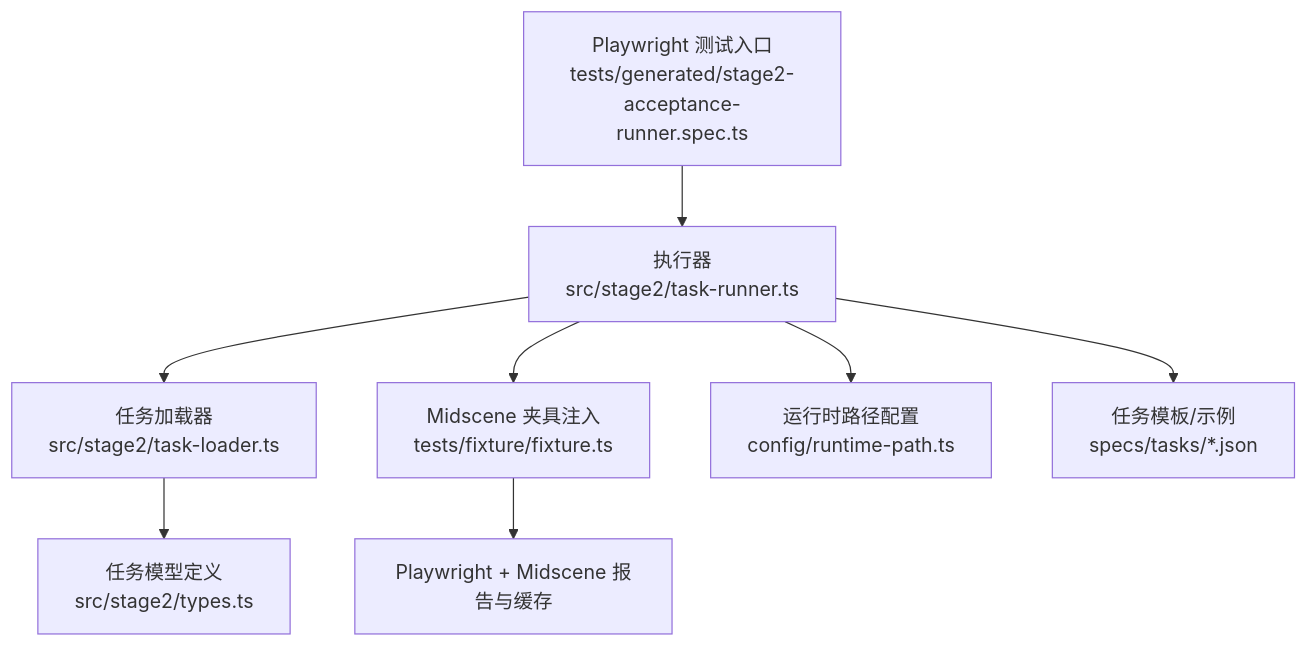
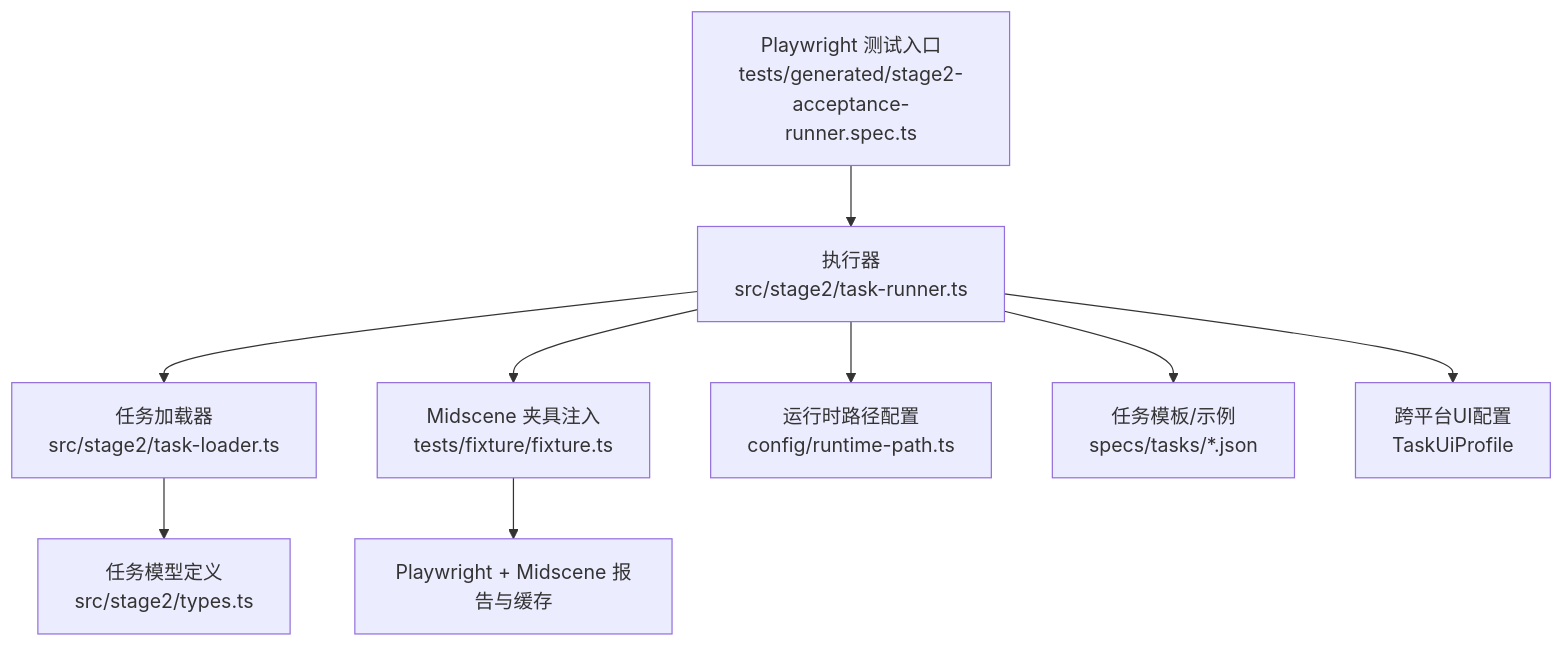
The first of 12 diagrams in .qoder/repowiki/zh/content/执行器系统/任务执行器.md (Jiane-EJ/playwright-mind), drawn with Mermaid before and after one commit. The commit also changed other lines of this file and 5 other files, not shown here.

````diff
--- a/.qoder/repowiki/zh/content/执行器系统/任务执行器.md
+++ b/.qoder/repowiki/zh/content/执行器系统/任务执行器.md
@@ -40,10 +42,11 @@
 ```mermaid
 graph TB
 A["Playwright 测试入口<br/>tests/generated/stage2-acceptance-runner.spec.ts"] --> B["执行器<br/>src/stage2/task-runner.ts"]
 B --> C["任务加载器<br/>src/stage2/task-loader.ts"]
 B --> D["Midscene 夹具注入<br/>tests/fixture/fixture.ts"]
 B --> E["运行时路径配置<br/>config/runtime-path.ts"]
 C --> F["任务模型定义<br/>src/stage2/types.ts"]
 B --> G["任务模板/示例<br/>specs/tasks/*.json"]
 D --> H["Playwright + Midscene 报告与缓存"]
+B --> I["跨平台UI配置<br/>TaskUiProfile"]
 ```
````
